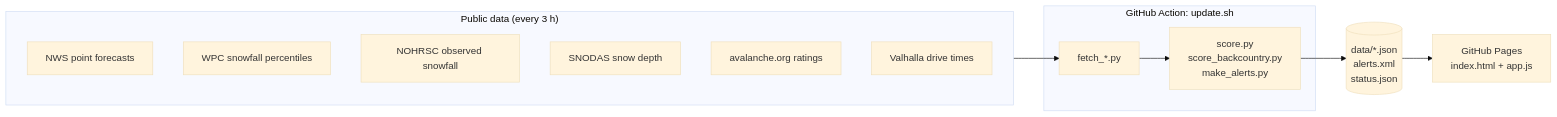
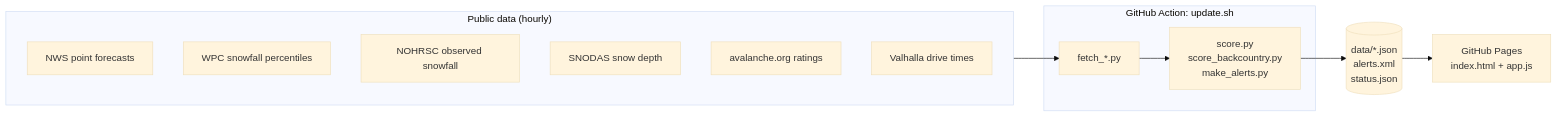
The diagram in README.md (Tpkfounder/northeast-snow), drawn with Mermaid (base theme) before and after one commit. The commit also changed other lines of this file and 5 other files, not shown here.

````diff
--- a/README.md
+++ b/README.md
@@ -59,17 +59,17 @@
 ```mermaid
 flowchart LR
-  subgraph Sources["Public data (every 3 h)"]
+  subgraph Sources["Public data (hourly)"]
     NWS[NWS point forecasts]
     WPC[WPC snowfall percentiles]
     NOH[NOHRSC observed snowfall]
     SNO[SNODAS snow depth]
     AVY[avalanche.org ratings]
     VAL[Valhalla drive times]
   end
   subgraph Action["GitHub Action: update.sh"]
     F[fetch_*.py] --> S[score.py<br>score_backcountry.py<br>make_alerts.py]
   end
   Sources --> F
   S --> J[(data/*.json<br>alerts.xml<br>status.json)]
   J --> P[GitHub Pages<br>index.html + app.js]
 ```
````
